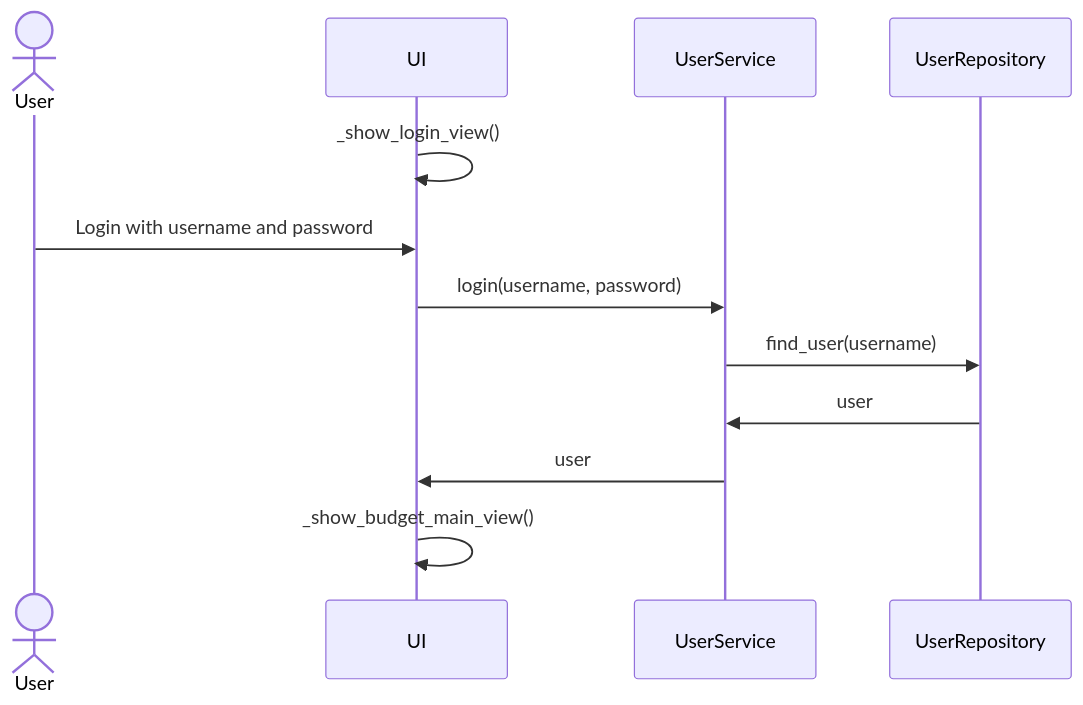
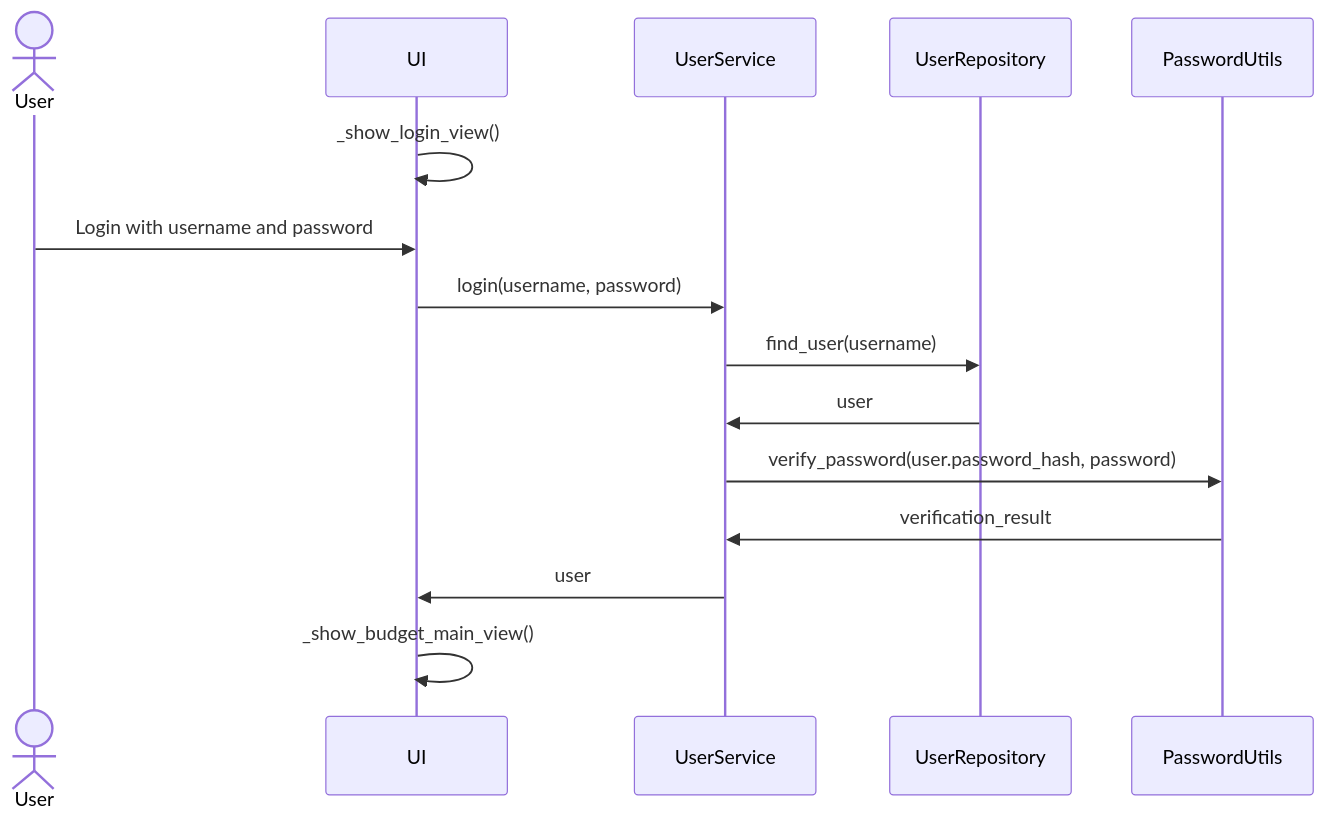
The fourth of 7 diagrams in dokumentaatio/arkkitehtuuri.md (jensjvh/ot-harjoitusty-), drawn with Mermaid before and after one commit. The commit also changed other lines of this file, not shown here.

````diff
--- a/dokumentaatio/arkkitehtuuri.md
+++ b/dokumentaatio/arkkitehtuuri.md
@@ -49,14 +76,17 @@
 ```mermaid
 sequenceDiagram
     actor User
     participant UI
     participant UserService
     participant UserRepository
+    participant PasswordUtils
     UI->>UI: _show_login_view()
     User->>UI: Login with username and password
     UI->>UserService: login(username, password)
     UserService->>UserRepository: find_user(username)
     UserRepository->>UserService: user
+    UserService->>PasswordUtils: verify_password(user.password_hash, password)
+    PasswordUtils->>UserService: verification_result
     UserService->>UI: user
     UI->>UI: _show_budget_main_view()
 ```
````
